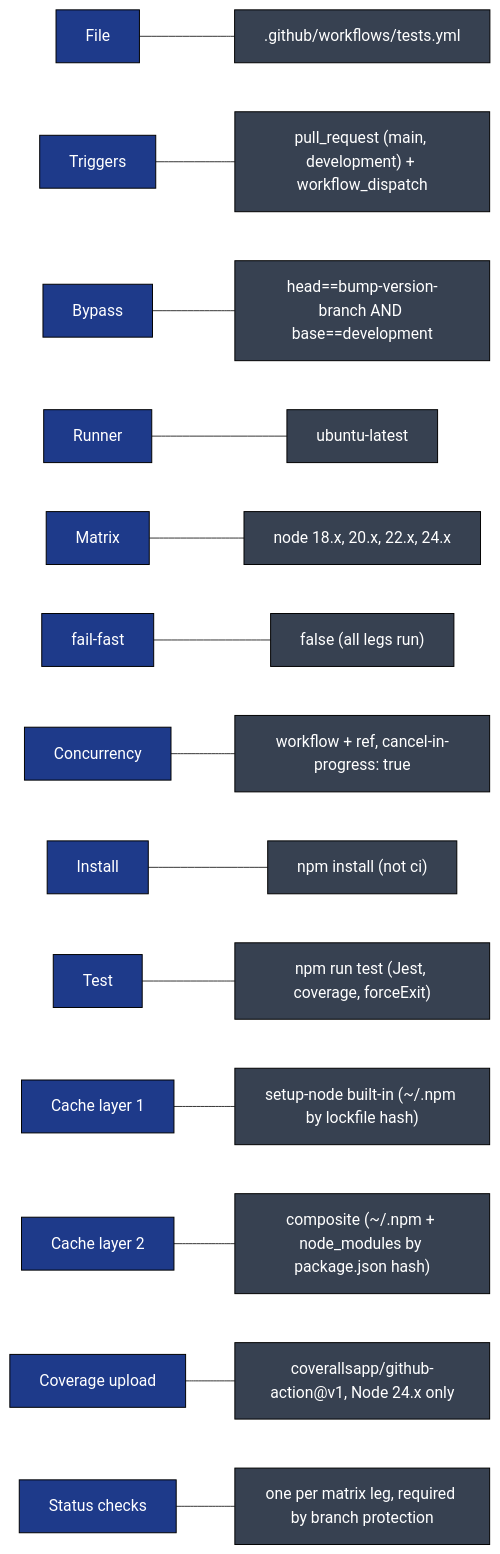
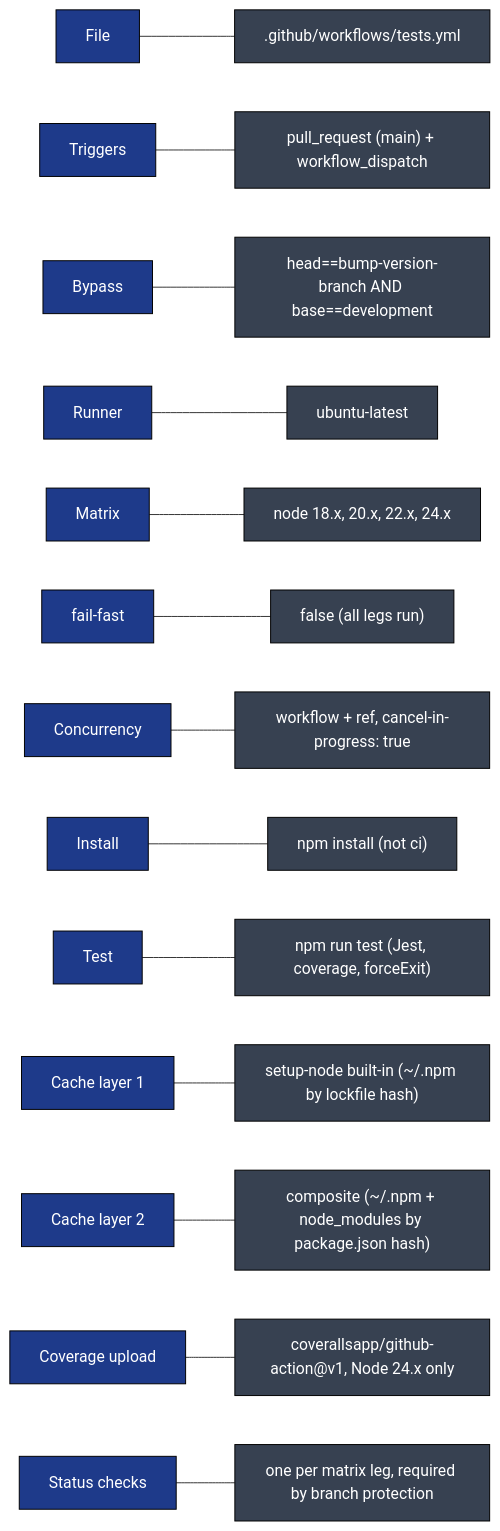
One commit to gregreindel/llm-exe changed the ninth of 9 diagrams in .github/docs/TESTS_DEEP_DIVE.md. Above: the diagram before and after it, drawn with Mermaid. The commit also changed 3 other files, not shown here.

````diff
--- a/.github/docs/TESTS_DEEP_DIVE.md
+++ b/.github/docs/TESTS_DEEP_DIVE.md
@@ -350,19 +350,19 @@
 ```mermaid
 flowchart LR
     classDef k fill:#1e3a8a,color:#fff,stroke:#000
     classDef v fill:#374151,color:#fff,stroke:#000
 
     K1["File"]:::k --- V1[".github/workflows/tests.yml"]:::v
-    K2["Triggers"]:::k --- V2["pull_request (main, development) + workflow_dispatch"]:::v
+    K2["Triggers"]:::k --- V2["pull_request (main) + workflow_dispatch"]:::v
     K3["Bypass"]:::k --- V3["head==bump-version-branch AND base==development"]:::v
     K4["Runner"]:::k --- V4["ubuntu-latest"]:::v
     K5["Matrix"]:::k --- V5["node 18.x, 20.x, 22.x, 24.x"]:::v
     K6["fail-fast"]:::k --- V6["false (all legs run)"]:::v
     K7["Concurrency"]:::k --- V7["workflow + ref, cancel-in-progress: true"]:::v
     K8["Install"]:::k --- V8["npm install (not ci)"]:::v
     K9["Test"]:::k --- V9["npm run test (Jest, coverage, forceExit)"]:::v
     K10["Cache layer 1"]:::k --- V10["setup-node built-in (~/.npm by lockfile hash)"]:::v
     K11["Cache layer 2"]:::k --- V11["composite (~/.npm + node_modules by package.json hash)"]:::v
     K12["Coverage upload"]:::k --- V12["coverallsapp/github-action@v1, Node 24.x only"]:::v
     K13["Status checks"]:::k --- V13["one per matrix leg, required by branch protection"]:::v
 ```
````
